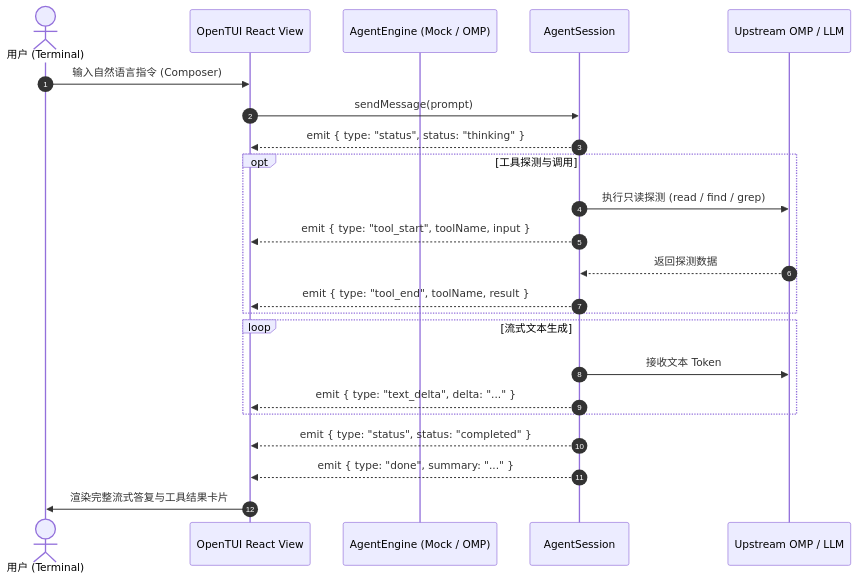
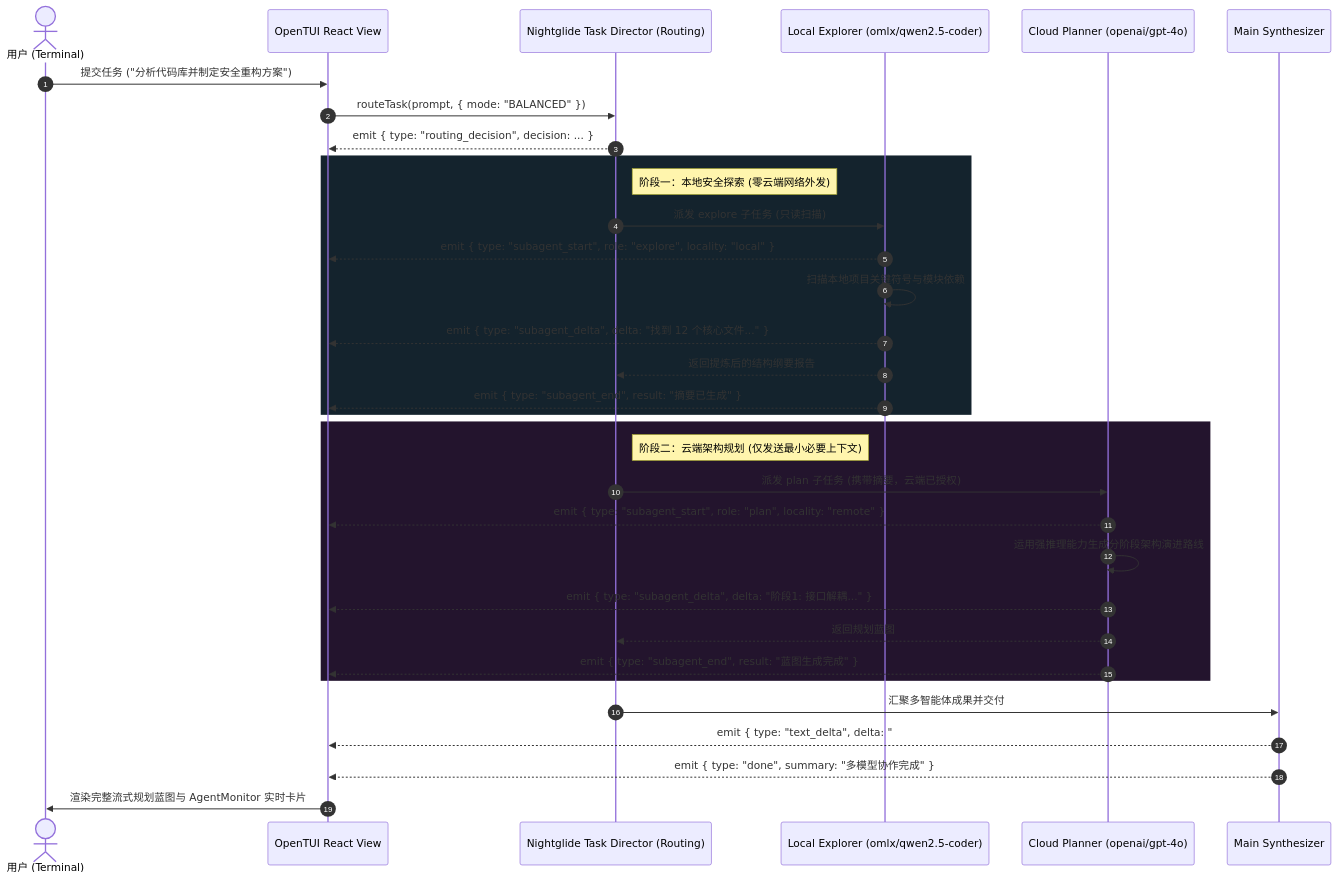
The second of 2 diagrams in docs/ARCHITECTURE.md (Aoody743/nightglide-cli), drawn with Mermaid before and after one commit. The commit also changed other lines of this file and 8 other files, not shown here.

````diff
--- a/docs/ARCHITECTURE.md
+++ b/docs/ARCHITECTURE.md
@@ -106,29 +126,39 @@
 ```mermaid
 sequenceDiagram
     autonumber
     actor User as 用户 (Terminal)
     participant UI as OpenTUI React View
-    participant Engine as AgentEngine (Mock / OMP)
-    participant Session as AgentSession
-    participant SDK as Upstream OMP / LLM
+    participant Director as Nightglide Task Director (Routing)
+    participant Explorer as Local Explorer (omlx/qwen2.5-coder)
+    participant Planner as Cloud Planner (openai/gpt-4o)
+    participant Synthesizer as Main Synthesizer
 
-    User->>UI: 输入自然语言指令 (Composer)
-    UI->>Session: sendMessage(prompt)
-    Session-->>UI: emit { type: "status", status: "thinking" }
+    User->>UI: 提交任务 ("分析代码库并制定安全重构方案")
+    UI->>Director: routeTask(prompt, { mode: "BALANCED" })
+    Director-->>UI: emit { type: "routing_decision", decision: ... }
     
-    opt 工具探测与调用
-        Session->>SDK: 执行只读探测 (read / find / grep)
-        Session-->>UI: emit { type: "tool_start", toolName, input }
-        SDK-->>Session: 返回探测数据
-        Session-->>UI: emit { type: "tool_end", toolName, result }
+    rect rgb(20, 35, 45)
+    note right of Director: 阶段一：本地安全探索 (零云端网络外发)
+    Director->>Explorer: 派发 explore 子任务 (只读扫描)
+    Explorer-->>UI: emit { type: "subagent_start", role: "explore", locality: "local" }
+    Explorer->>Explorer: 扫描本地项目关键符号与模块依赖
+    Explorer-->>UI: emit { type: "subagent_delta", delta: "找到 12 个核心文件..." }
+    Explorer-->>Director: 返回提炼后的结构纲要报告
+    Explorer-->>UI: emit { type: "subagent_end", result: "摘要已生成" }
     end
 
-    loop 流式文本生成
-        Session->>SDK: 接收文本 Token
-        Session-->>UI: emit { type: "text_delta", delta: "..." }
+    rect rgb(35, 20, 45)
+    note right of Director: 阶段二：云端架构规划 (仅发送最小必要上下文)
+    Director->>Planner: 派发 plan 子任务 (携带摘要，云端已授权)
+    Planner-->>UI: emit { type: "subagent_start", role: "plan", locality: "remote" }
+    Planner->>Planner: 运用强推理能力生成分阶段架构演进路线
+    Planner-->>UI: emit { type: "subagent_delta", delta: "阶段1: 接口解耦..." }
+    Planner-->>Director: 返回规划蓝图
+    Planner-->>UI: emit { type: "subagent_end", result: "蓝图生成完成" }
     end
 
-    Session-->>UI: emit { type: "status", status: "completed" }
-    Session-->>UI: emit { type: "done", summary: "..." }
-    UI->>User: 渲染完整流式答复与工具结果卡片
+    Director->>Synthesizer: 汇聚多智能体成果并交付
+    Synthesizer-->>UI: emit { type: "text_delta", delta: "### 协作执行完成..." }
+    Synthesizer-->>UI: emit { type: "done", summary: "多模型协作完成" }
+    UI->>User: 渲染完整流式规划蓝图与 AgentMonitor 实时卡片
 ```
````
